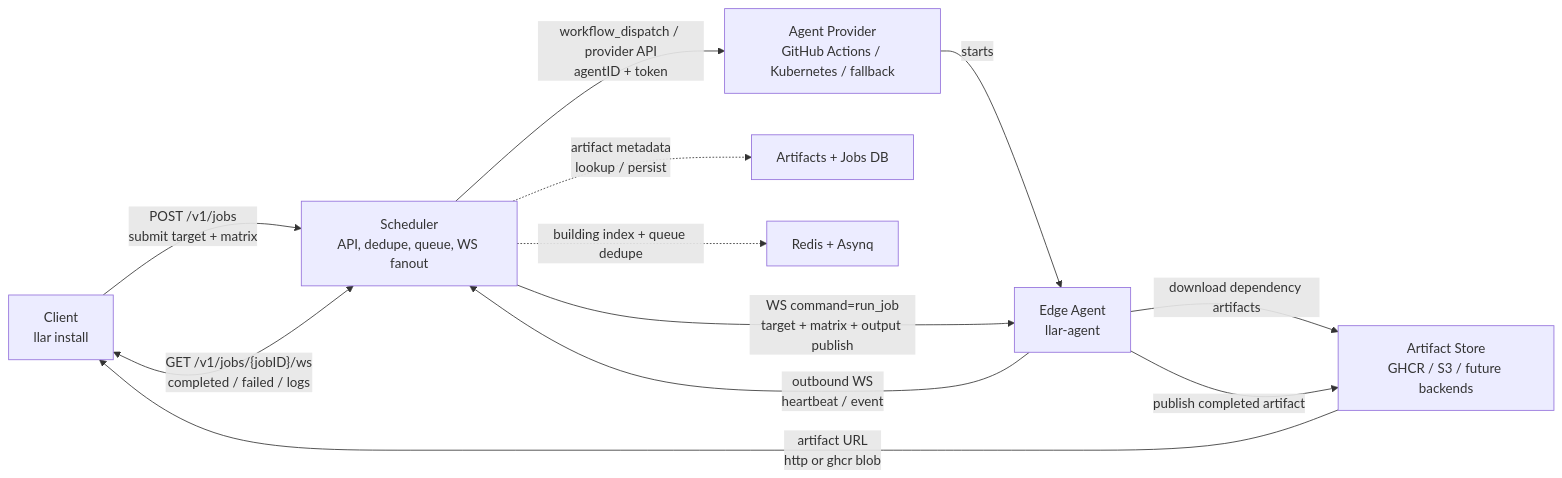
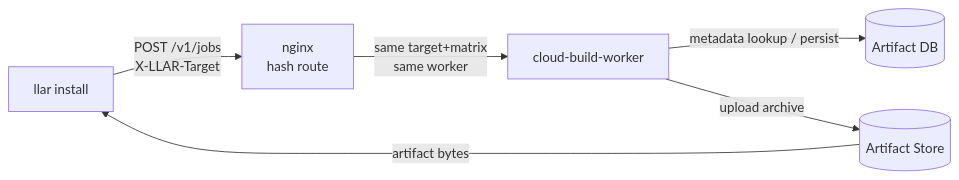
One commit to MeteorsLiu/llar changed the diagram in docs/superpowers/specs/2026-05-25-cloud-build-design.md. Above: the diagram before and after it, drawn with Mermaid. The commit also changed other lines of this file and 1 other file, not shown here.

Commit message:
docs: define cloud build worker design

````diff
--- a/docs/superpowers/specs/2026-05-25-cloud-build-design.md
+++ b/docs/superpowers/specs/2026-05-25-cloud-build-design.md
@@ -17,17 +25,8 @@
 ```mermaid
 flowchart LR
-  Client["Client<br/>llar install"] -->|"POST /v1/jobs<br/>submit target + matrix"| Scheduler["Scheduler<br/>API, dedupe, queue, WS fanout"]
-  Client <-->|"GET /v1/jobs/{jobID}/ws<br/>completed / failed / logs"| Scheduler
-
-  Scheduler -->|"workflow_dispatch / provider API<br/>agentID + token"| Provider["Agent Provider<br/>GitHub Actions / Kubernetes / fallback"]
-  Provider -->|"starts"| Agent["Edge Agent<br/>llar-agent"]
-  Agent -->|"outbound WS<br/>heartbeat / event"| Scheduler
-  Scheduler -->|"WS command=run_job<br/>target + matrix + output publish"| Agent
-
-  Agent -->|"download dependency artifacts"| Store["Artifact Store<br/>GHCR / S3 / future backends"]
-  Agent -->|"publish completed artifact"| Store
-  Store -->|"artifact URL<br/>http or ghcr blob"| Client
-
-  Scheduler -.->|"artifact metadata<br/>lookup / persist"| DB["Artifacts + Jobs DB"]
-  Scheduler -.->|"building index + queue dedupe"| Redis["Redis + Asynq"]
+  Client["llar install"] -->|"POST /v1/jobs<br/>X-LLAR-Target"| Nginx["nginx<br/>hash route"]
+  Nginx -->|"same target+matrix<br/>same worker"| Worker["cloud-build-worker"]
+  Worker -->|"metadata lookup / persist"| DB[("Artifact DB")]
+  Worker -->|"upload archive"| Store[("Artifact Store")]
+  Store -->|"artifact bytes"| Client
 ```
````
